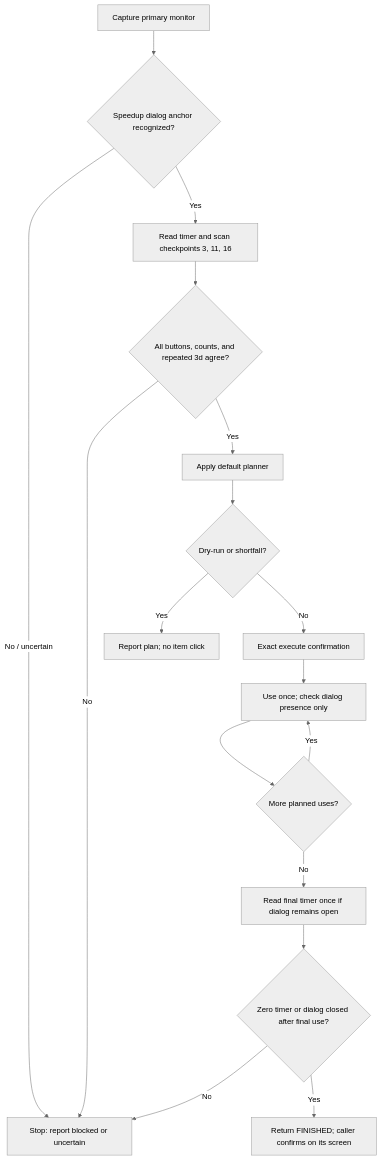
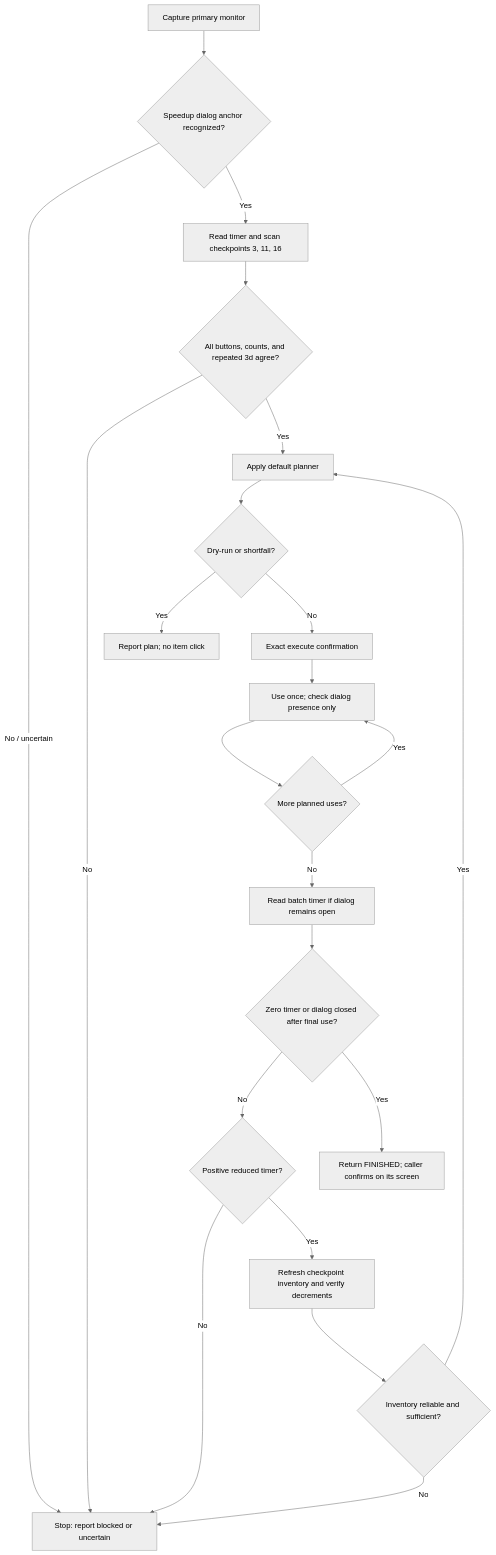
One commit to zaratedaniela692-rgb/tba_km changed the third of 3 diagrams in docs/game/speedup_module_workflow.md. Above: the diagram before and after it, drawn with Mermaid (neutral theme). The commit also changed other lines of this file and 6 other files, not shown here.

````diff
--- a/docs/game/speedup_module_workflow.md
+++ b/docs/game/speedup_module_workflow.md
@@ -290,19 +290,24 @@
 ```mermaid
 flowchart TD
     A[Capture primary monitor] --> B{Speedup dialog anchor recognized?}
     B -- No / uncertain --> X[Stop: report blocked or uncertain]
     B -- Yes --> C[Read timer and scan checkpoints 3, 11, 16]
     C --> D{All buttons, counts, and repeated 3d agree?}
     D -- No --> X
     D -- Yes --> E[Apply default planner]
     E --> F{Dry-run or shortfall?}
     F -- Yes --> G[Report plan; no item click]
     F -- No --> H[Exact execute confirmation]
     H --> I[Use once; check dialog presence only]
     I --> J{More planned uses?}
     J -- Yes --> I
-    J -- No --> K[Read final timer once if dialog remains open]
+    J -- No --> K[Read batch timer if dialog remains open]
     K --> L{Zero timer or dialog closed after final use?}
-    L -- No --> X
+    L -- No --> N{Positive reduced timer?}
+    N -- No --> X
+    N -- Yes --> O[Refresh checkpoint inventory and verify decrements]
+    O --> P{Inventory reliable and sufficient?}
+    P -- No --> X
+    P -- Yes --> E
     L -- Yes --> M[Return FINISHED; caller confirms on its screen]
 ```
````
